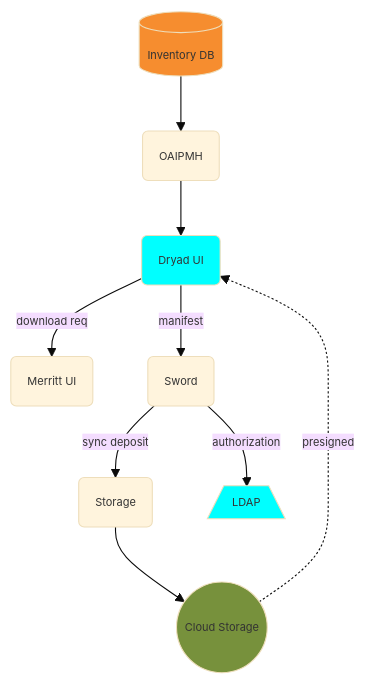
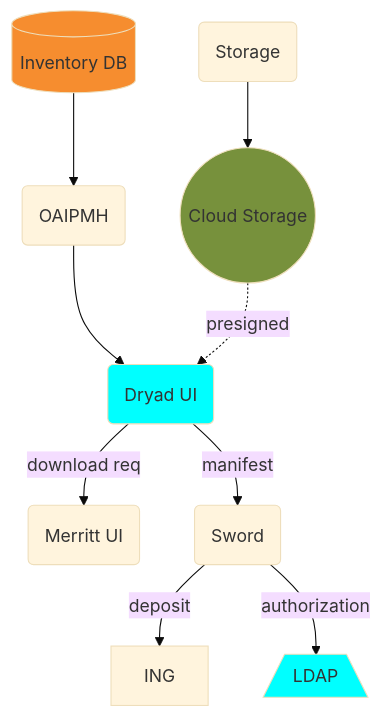
One commit to CDLUC3/mrt-doc changed the diagram in diagrams/overview-dryad.mmd. Above: the diagram before and after it, drawn with Mermaid. The commit also changed 11 other files, not shown here.

Commit message:
service diagrams

```diff
--- a/diagrams/overview-dryad.mmd
+++ b/diagrams/overview-dryad.mmd
@@ -1,24 +1,24 @@
-%%{init: {'theme': 'base', 'themeVariables': { 'fontSize': '10px'}}}%%
+%%{init: {'theme': 'base'}}%%
 graph TD
   UI(Merritt UI)
   DRYAD(Dryad UI)
   RDS[(Inventory DB)]
   CLOUD(("Cloud Storage"))
   ST(Storage)
   LDAP[/LDAP\]
+  SWORD(Sword)
 
   DRYAD --> |download req| UI
   DRYAD --> |manifest| SWORD
-  SWORD(Sword)
-  SWORD --> |sync deposit| ST
+  SWORD --> |deposit| ING
   SWORD --> |authorization| LDAP
   RDS --> OAI
   OAI(OAIPMH)
   OAI --> DRYAD
   CLOUD -.-> |presigned| DRYAD
   ST --> CLOUD
 
   style CLOUD fill:#77913C
   style RDS fill:#F68D2F
   style LDAP fill:cyan
   style DRYAD fill:cyan
```
